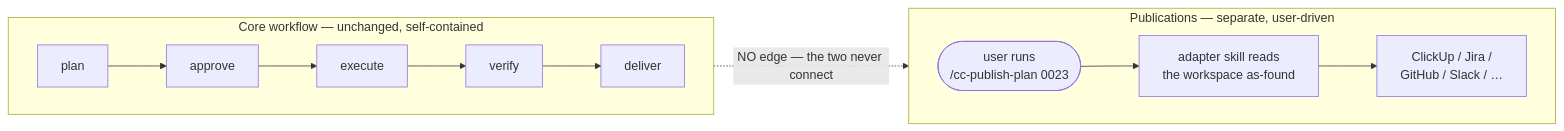
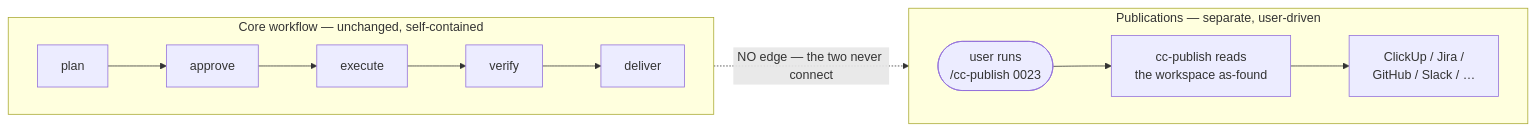
The diagram in sources/system-design/context-circuit/v0.6/external-surface/design.md (kaotypr/context-circuit-source), drawn with Mermaid before and after one commit. The commit also changed other lines of this file and 5 other files, not shown here.

First line of the commit message:
docs(external-surface): adopt cc-publish skill, kind plan, and the publish/git vocabulary split

````diff
--- a/sources/system-design/context-circuit/v0.6/external-surface/design.md
+++ b/sources/system-design/context-circuit/v0.6/external-surface/design.md
@@ -24,12 +24,12 @@
 ```mermaid
 flowchart LR
   subgraph core["Core workflow — unchanged, self-contained"]
     direction LR
     P["plan"] --> A["approve"] --> E["execute"] --> V["verify"] --> D["deliver"]
   end
   subgraph ext["Publications — separate, user-driven"]
     direction LR
-    U(["user runs<br/>/cc-publish-plan 0023"]) --> K["adapter skill reads<br/>the workspace as-found"] --> X["ClickUp / Jira /<br/>GitHub / Slack / …"]
+    U(["user runs<br/>/cc-publish 0023"]) --> K["cc-publish reads<br/>the workspace as-found"] --> X["ClickUp / Jira /<br/>GitHub / Slack / …"]
   end
   core -.->|"NO edge — the two never connect"| ext
 ```
````
